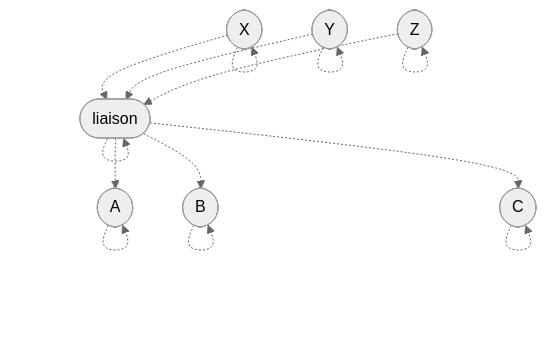
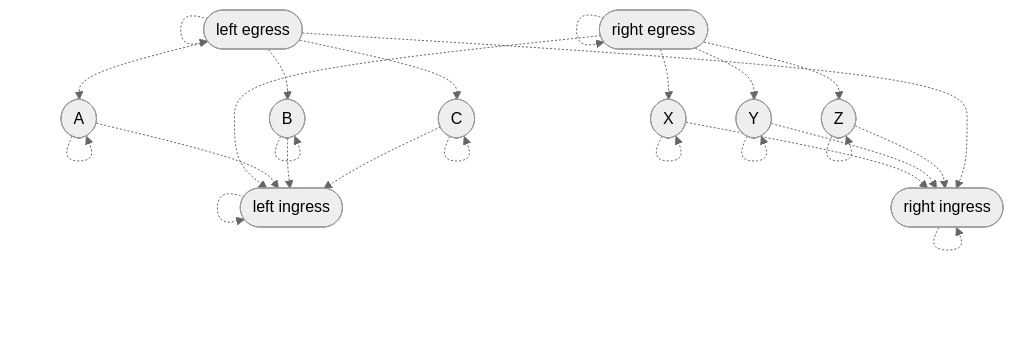
Diagram 22 of 22 in proofs/AdmissibilityGraph/README.md (stepchowfun/proofs), drawn with Mermaid (neutral theme) before and after one commit. The commit also changed other lines of this file, not shown here.

Commit message:
Wordsmith the admissibility graph README

````diff
--- a/proofs/AdmissibilityGraph/README.md
+++ b/proofs/AdmissibilityGraph/README.md
@@ -516,24 +471,42 @@
 ```mermaid
 flowchart TD
-  l([liaison])
+  e1([left egress])
+  i1([left ingress])
   a([A])
   b([B])
   c([C])
+
+  e2([right egress])
+  i2([right ingress])
   x([X])
   y([Y])
   z([Z])
 
-  l -.-> l
+  e2 -.-> i1
+
+  e1 -.-> e1
+  i1 -.-> i1
   a -.-> a
   b -.-> b
   c -.-> c
+  e1 -.-> a
+  e1 -.-> b
+  e1 -.-> c
+  a -.-> i1
+  b -.-> i1
+  c -.-> i1
+
+  e2 -.-> e2
+  i2 -.-> i2
   x -.-> x
   y -.-> y
   z -.-> z
-  l -.-> a
-  l -.-> b
-  l -.-> c
-  x -.-> l
-  y -.-> l
-  z -.-> l
+  e2 -.-> x
+  e2 -.-> y
+  e2 -.-> z
+  x -.-> i2
+  y -.-> i2
+  z -.-> i2
+
+  e1 -.-> i2
 ```
````
